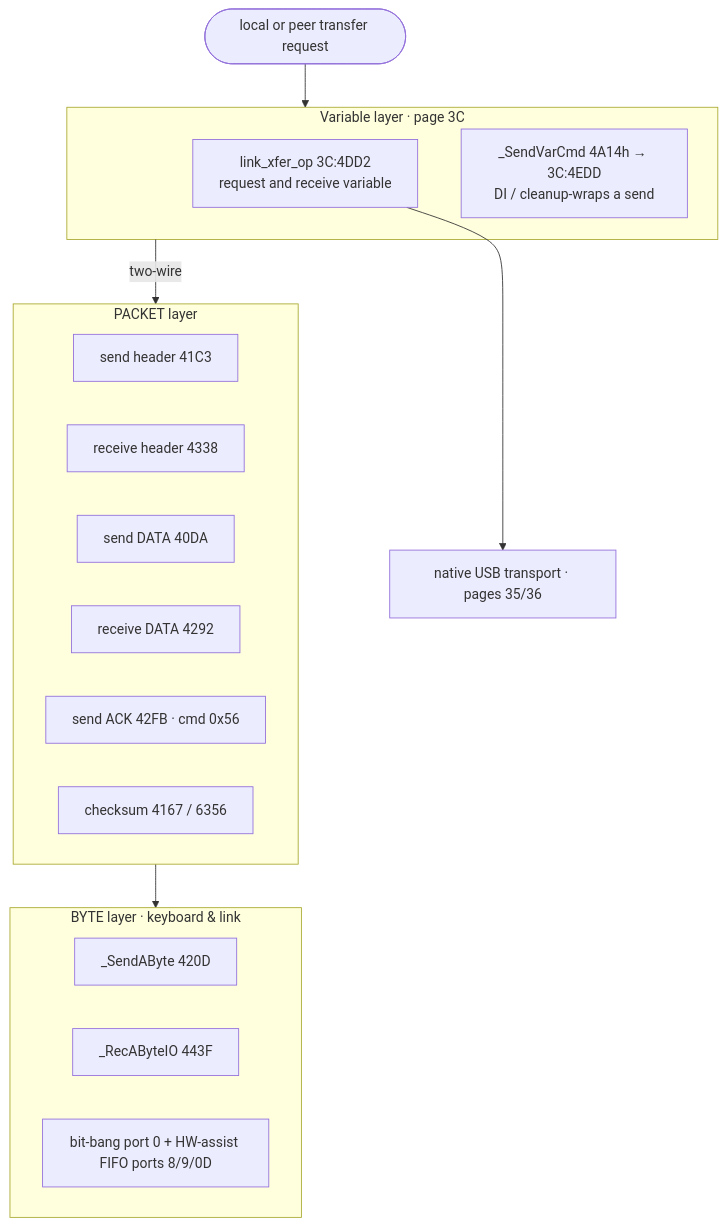
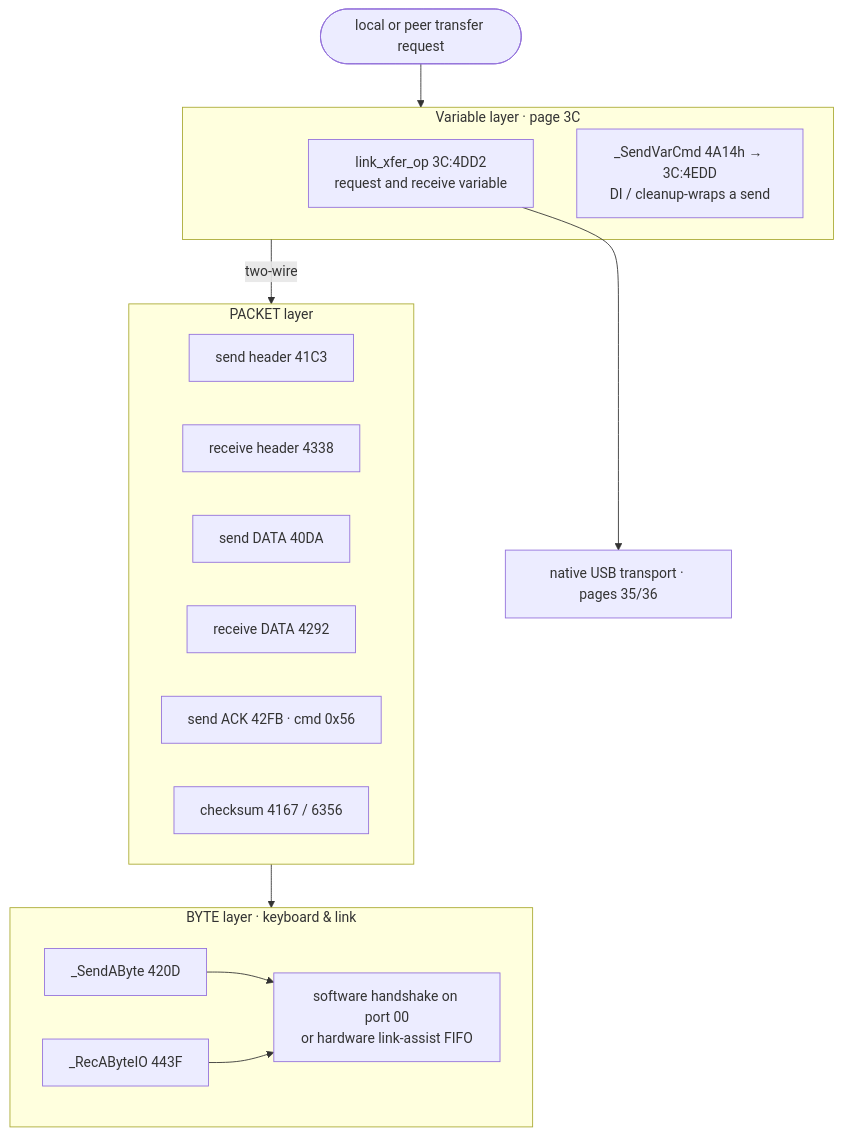
One commit to siraben/ti84p-re changed the diagram in docs/sub-link-transfer.md. Above: the diagram before and after it, drawn with Mermaid. The commit also changed 10 other files, not shown here.

Commit message:
Correct the algorithms and data flow shown in the wiki diagrams

````diff
--- a/docs/sub-link-transfer.md
+++ b/docs/sub-link-transfer.md
@@ -17,27 +17,29 @@
 ```mermaid
 flowchart TB
     SRC(["local or peer transfer request"])
     subgraph VAR["Variable layer · page 3C"]
       LX["link_xfer_op 3C:4DD2<br/>request and receive variable"]
       SV["_SendVarCmd 4A14h → 3C:4EDD<br/>DI / cleanup-wraps a send"]
     end
     subgraph PKT["PACKET layer"]
       direction LR
       SH["send header 41C3"]
       RH["receive header 4338"]
       SD["send DATA 40DA"]
       RD["receive DATA 4292"]
       AK["send ACK 42FB · cmd 0x56"]
       CK["checksum 4167 / 6356"]
     end
     subgraph BYTE["BYTE layer · keyboard & link"]
       direction LR
       SB["_SendAByte 420D"]
       RB["_RecAByteIO 443F"]
-      HW["bit-bang port 0 + HW-assist FIFO ports 8/9/0D"]
+      HW["software handshake on port 00<br/>or hardware link-assist FIFO"]
+      SB --> HW
+      RB --> HW
     end
     USB["native USB transport · pages 35/36"]
     SRC --> VAR
     VAR -->|two-wire| PKT --> BYTE
     LX --> USB
 ```
````
